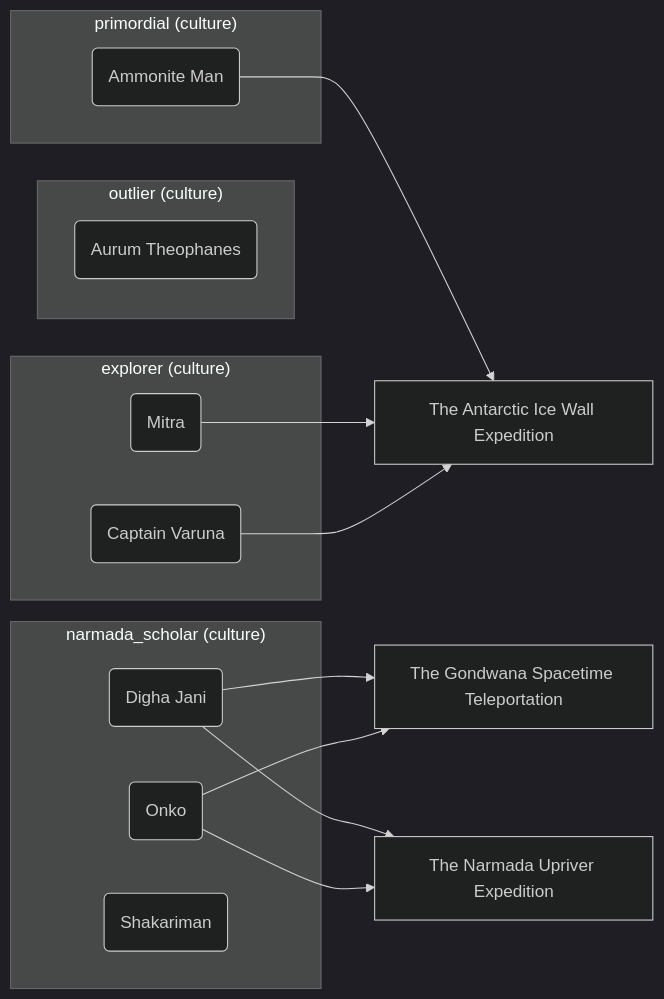
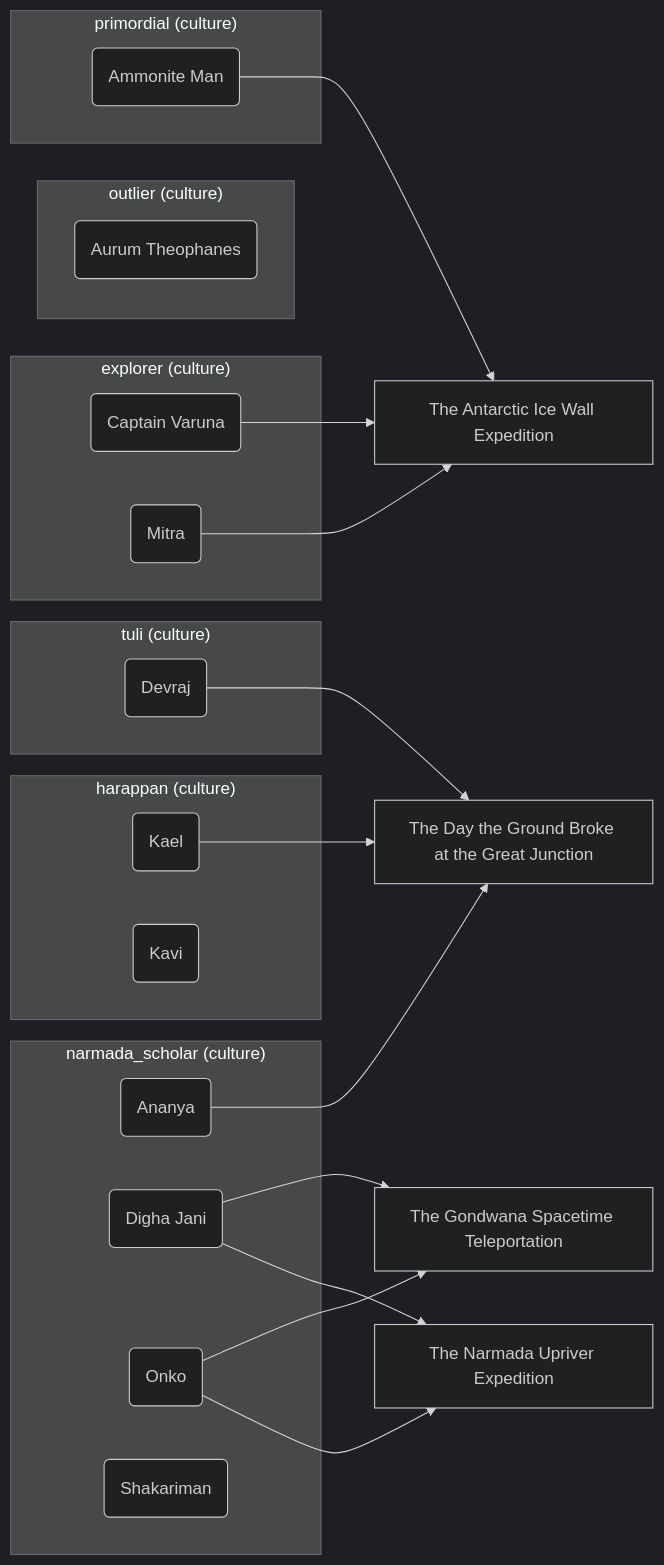
Before and after one commit to lordlebu/SouthOfTethys: the fifth of 6 diagrams in docs/memory_map.md, drawn with Mermaid (dark theme). The commit also changed other lines of this file and 141 other files, not shown here.

First line of the commit message:
Chart the Age of Machinery: the pre-Shattering map and its people

````diff
--- a/docs/memory_map.md
+++ b/docs/memory_map.md
@@ -306,28 +307,40 @@
 ```mermaid
 graph LR
   subgraph grp_explorer["explorer (culture)"]
     character_varuna("Captain Varuna")
     character_mitra("Mitra")
   end
+  subgraph grp_harappan["harappan (culture)"]
+    character_kael("Kael")
+    character_kavi("Kavi")
+  end
   subgraph grp_narmada_scholar["narmada_scholar (culture)"]
+    character_ananya("Ananya")
     character_digha_jani("Digha Jani")
     character_onko("Onko")
     character_shakariman("Shakariman")
   end
   subgraph grp_outlier["outlier (culture)"]
     character_aurum_theophanes("Aurum Theophanes")
   end
   subgraph grp_primordial["primordial (culture)"]
     character_ammonite_man("Ammonite Man")
   end
+  subgraph grp_tuli["tuli (culture)"]
+    character_devraj("Devraj")
+  end
   event_antarctic_ice_wall_expedition["The Antarctic Ice Wall Expedition"]
   event_gondwana_teleportation["The Gondwana Spacetime Teleportation"]
+  event_ground_breaks_at_great_junction["The Day the Ground Broke at the Great Junction"]
   event_narmada_upriver_expedition["The Narmada Upriver Expedition"]
   character_ammonite_man --> event_antarctic_ice_wall_expedition
+  character_ananya --> event_ground_breaks_at_great_junction
+  character_devraj --> event_ground_breaks_at_great_junction
   character_digha_jani --> event_gondwana_teleportation
   character_digha_jani --> event_narmada_upriver_expedition
+  character_kael --> event_ground_breaks_at_great_junction
   character_mitra --> event_antarctic_ice_wall_expedition
   character_onko --> event_gondwana_teleportation
   character_onko --> event_narmada_upriver_expedition
   character_varuna --> event_antarctic_ice_wall_expedition
 ```
````
